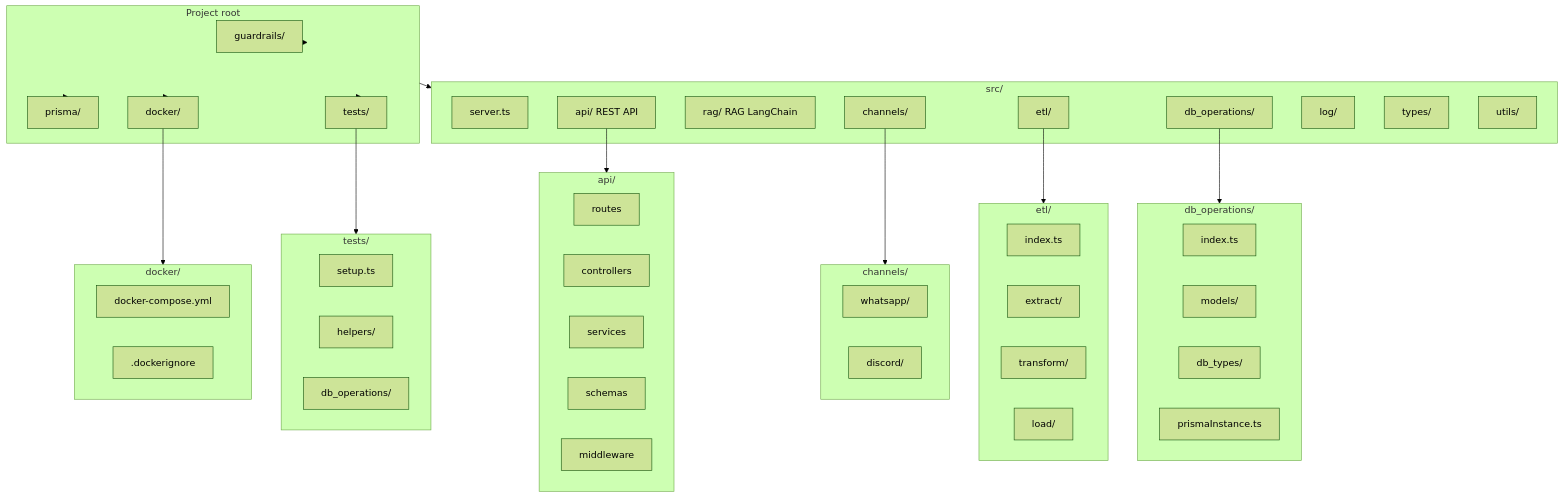
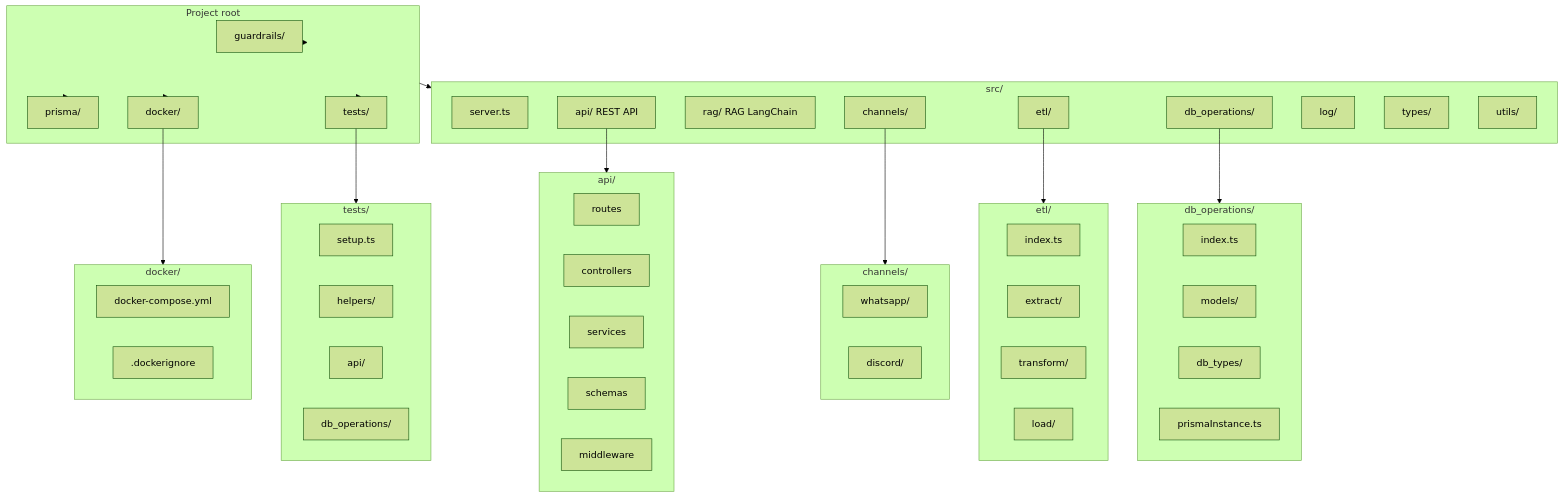
Before and after one commit to sorocode-comunidade/swanytello: the second of 3 diagrams in README.md, drawn with Mermaid (forest theme). The commit also changed other lines of this file and 15 other files, not shown here.

Commit message:
simple API endpoint to test the rag implementation, added tests to api endpoints and updated docs

````diff
--- a/README.md
+++ b/README.md
@@ -104,71 +104,72 @@
 ```mermaid
 flowchart TB
   subgraph root [Project root]
     guardrails[guardrails/]
     prisma_root[prisma/]
     docker[docker/]
     tests[tests/]
   end
 
   subgraph src_content [src/]
     server[server.ts]
     api[api/ REST API]
     rag[rag/ RAG LangChain]
     channels[channels/]
     etl[etl/]
     db_ops[db_operations/]
     log[log/]
     types[types/]
     utils[utils/]
   end
 
   subgraph api_detail [api/]
     routes[routes]
     controllers[controllers]
     services[services]
     schemas[schemas]
     middleware[middleware]
   end
 
   subgraph channels_detail [channels/]
     whatsapp[whatsapp/]
     discord[discord/]
   end
 
   subgraph db_ops_detail [db_operations/]
     db_ops_index[index.ts]
     models[models/]
     db_types[db_types/]
     prisma[prismaInstance.ts]
   end
 
   subgraph etl_detail [etl/]
     etl_index[index.ts]
     extract[extract/]
     transform[transform/]
     load[load/]
   end
 
   subgraph docker_detail [docker/]
     compose[docker-compose.yml]
     dockerignore[.dockerignore]
   end
 
   subgraph tests_detail [tests/]
     tests_setup[setup.ts]
     tests_helpers[helpers/]
+    tests_api[api/]
     tests_db_ops[db_operations/]
   end
 
   root --> guardrails
   root --> prisma_root
   root --> docker
   root --> tests
   root --> src_content
   api --> api_detail
   channels --> channels_detail
   db_ops --> db_ops_detail
   etl --> etl_detail
   docker --> docker_detail
   tests --> tests_detail
 ```
````
